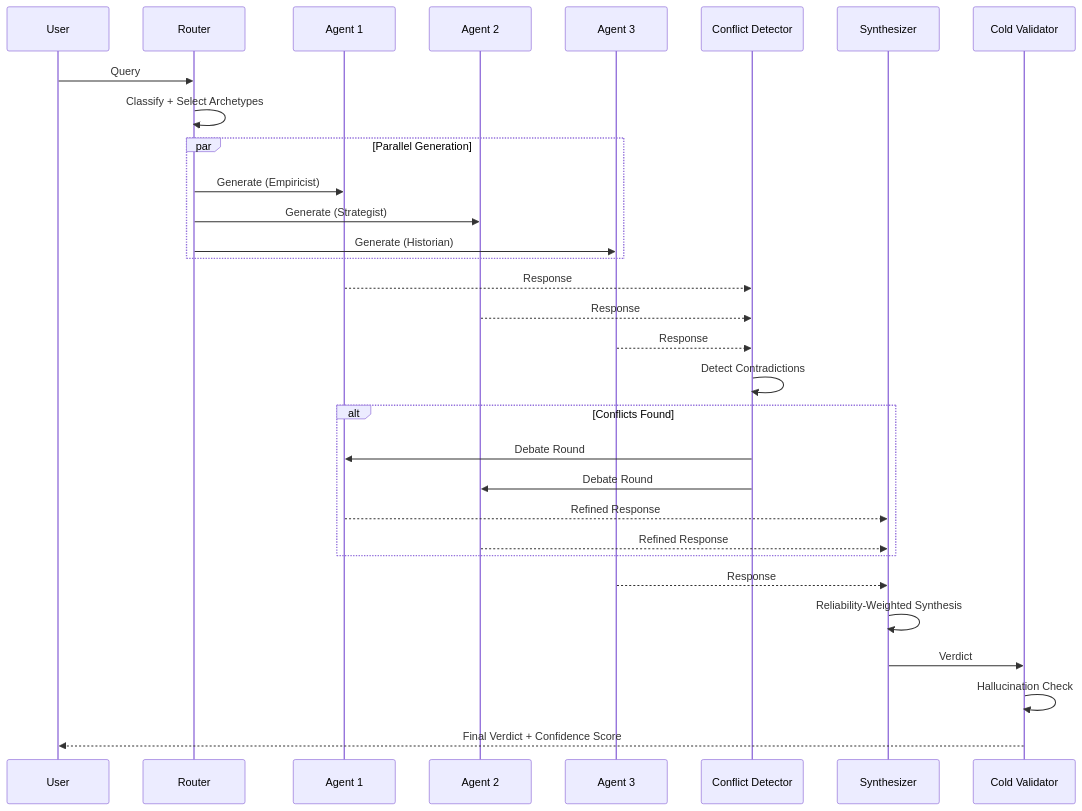
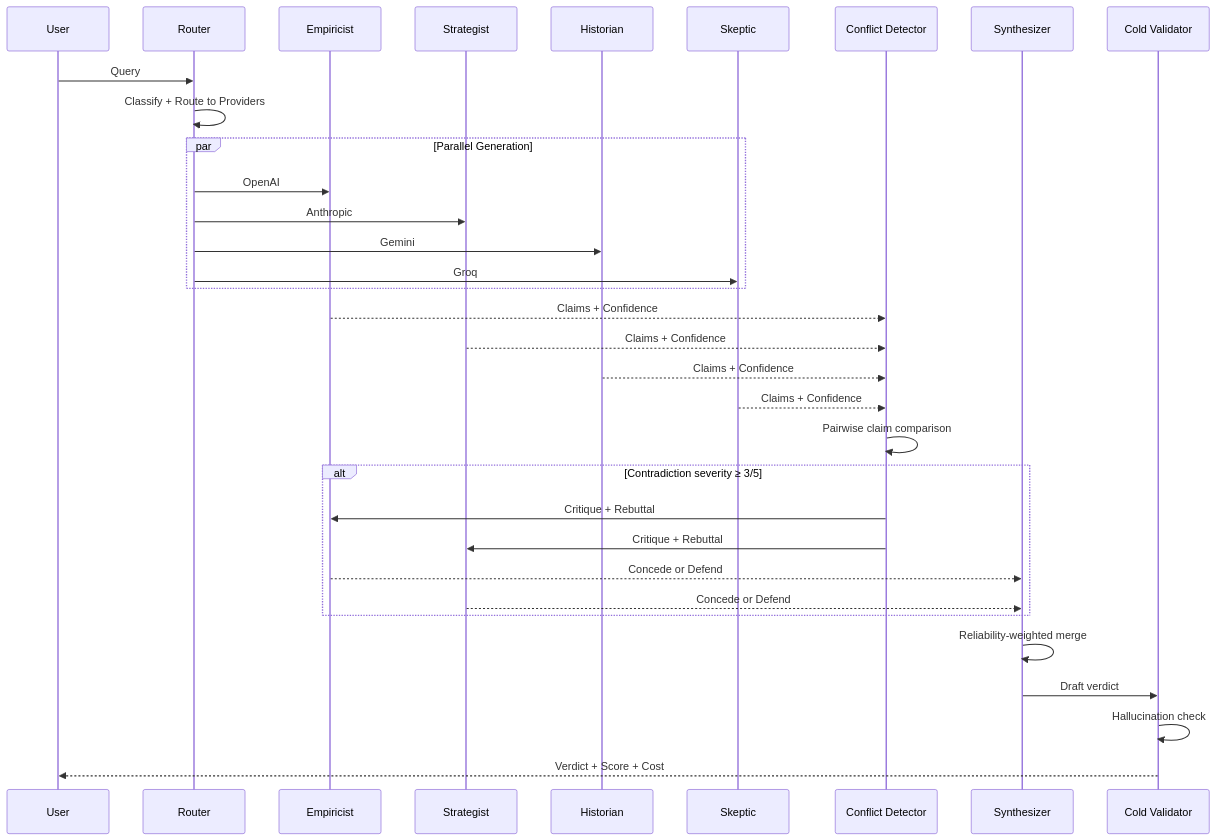
One commit to Yash-Awasthi/Judica changed the first of 2 diagrams in README.md. Above: the diagram before and after it, drawn with Mermaid. The commit also changed other lines of this file and 330 other files, not shown here.

````diff
--- a/README.md
+++ b/README.md
@@ -41,39 +45,41 @@
 ```mermaid
 sequenceDiagram
     participant U as User
     participant R as Router
-    participant A1 as Agent 1
-    participant A2 as Agent 2
-    participant A3 as Agent 3
+    participant A1 as Empiricist
+    participant A2 as Strategist
+    participant A3 as Historian
+    participant A4 as Skeptic
     participant CD as Conflict Detector
     participant S as Synthesizer
     participant V as Cold Validator
 
     U->>R: Query
-    R->>R: Classify + Select Archetypes
+    R->>R: Classify + Route to Providers
 
     par Parallel Generation
-        R->>A1: Generate (Empiricist)
-        R->>A2: Generate (Strategist)
-        R->>A3: Generate (Historian)
+        R->>A1: OpenAI
+        R->>A2: Anthropic
+        R->>A3: Gemini
+        R->>A4: Groq
     end
 
-    A1-->>CD: Response
-    A2-->>CD: Response
-    A3-->>CD: Response
+    A1-->>CD: Claims + Confidence
+    A2-->>CD: Claims + Confidence
+    A3-->>CD: Claims + Confidence
+    A4-->>CD: Claims + Confidence
 
-    CD->>CD: Detect Contradictions
+    CD->>CD: Pairwise claim comparison
 
-    alt Conflicts Found
-        CD->>A1: Debate Round
-        CD->>A2: Debate Round
-        A1-->>S: Refined Response
-        A2-->>S: Refined Response
+    alt Contradiction severity ≥ 3/5
+        CD->>A1: Critique + Rebuttal
+        CD->>A2: Critique + Rebuttal
+        A1-->>S: Concede or Defend
+        A2-->>S: Concede or Defend
     end
 
-    A3-->>S: Response
-    S->>S: Reliability-Weighted Synthesis
-    S->>V: Verdict
-    V->>V: Hallucination Check
-    V-->>U: Final Verdict + Confidence Score
+    S->>S: Reliability-weighted merge
+    S->>V: Draft verdict
+    V->>V: Hallucination check
+    V-->>U: Verdict + Score + Cost
 ```
````
